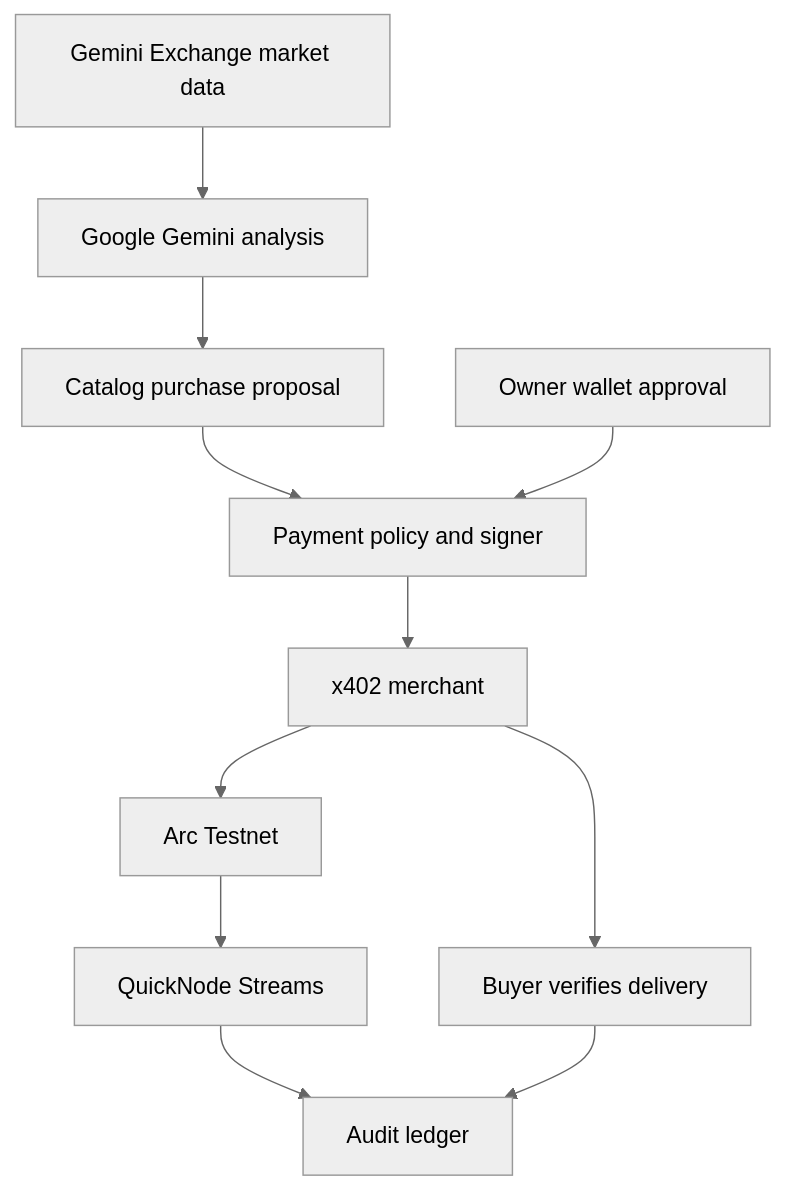
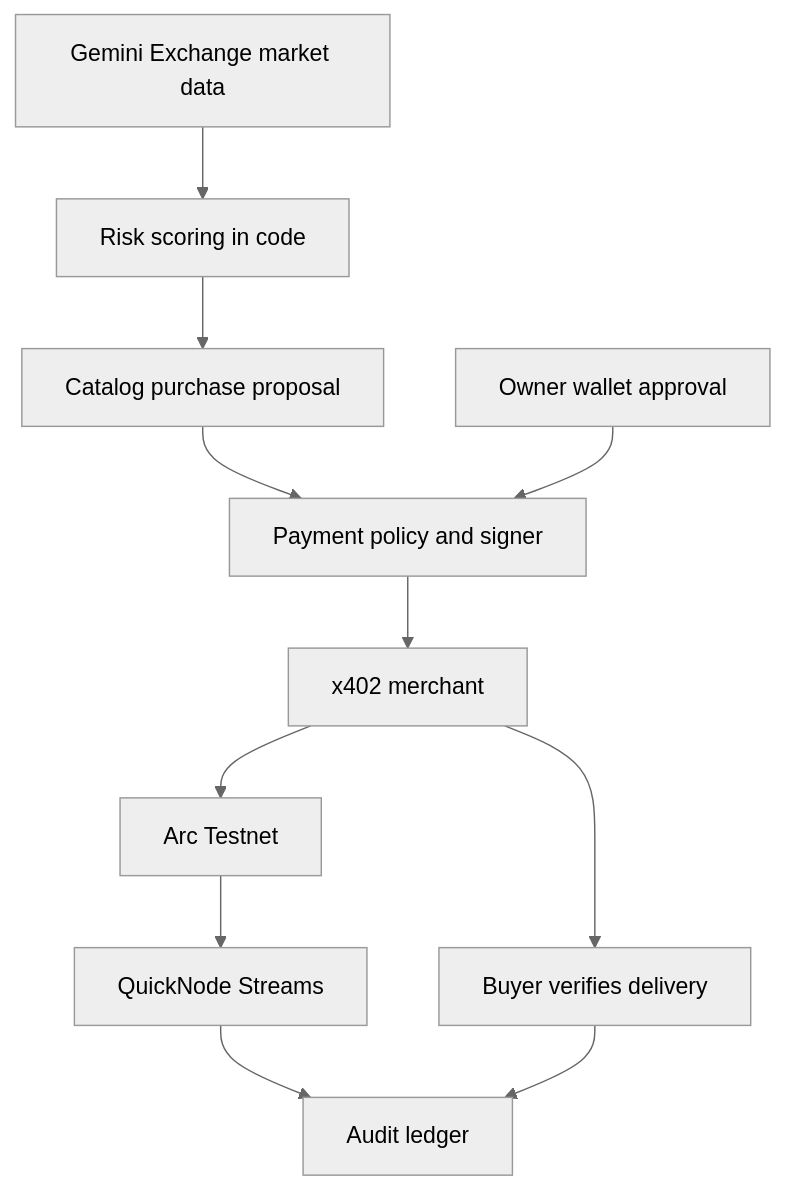
One commit to ubc-2026/verity changed the diagram in README.md. Above: the diagram before and after it, drawn with Mermaid (neutral theme). The commit also changed other lines of this file and 16 other files, not shown here.

````diff
--- a/README.md
+++ b/README.md
@@ -20,13 +20,13 @@
 ```mermaid
 flowchart TD
-    Market["Gemini Exchange market data"] --> Analysis["Google Gemini analysis"]
+    Market["Gemini Exchange market data"] --> Analysis["Risk scoring in code"]
     Analysis --> Proposal["Catalog purchase proposal"]
     Proposal --> Policy["Payment policy and signer"]
     Owner["Owner wallet approval"] --> Policy
     Policy --> Merchant["x402 merchant"]
     Merchant --> Arc["Arc Testnet"]
     Merchant --> Delivery["Buyer verifies delivery"]
     Arc --> Stream["QuickNode Streams"]
     Stream --> Ledger["Audit ledger"]
     Delivery --> Ledger
 ```
````
